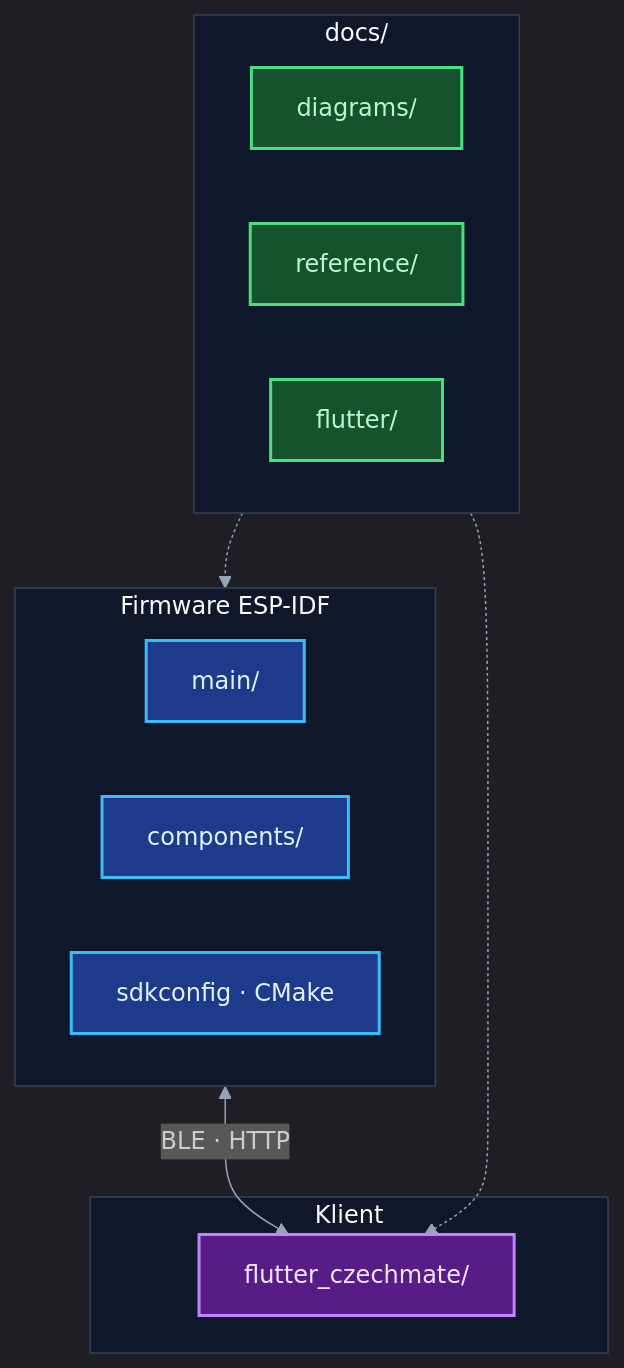
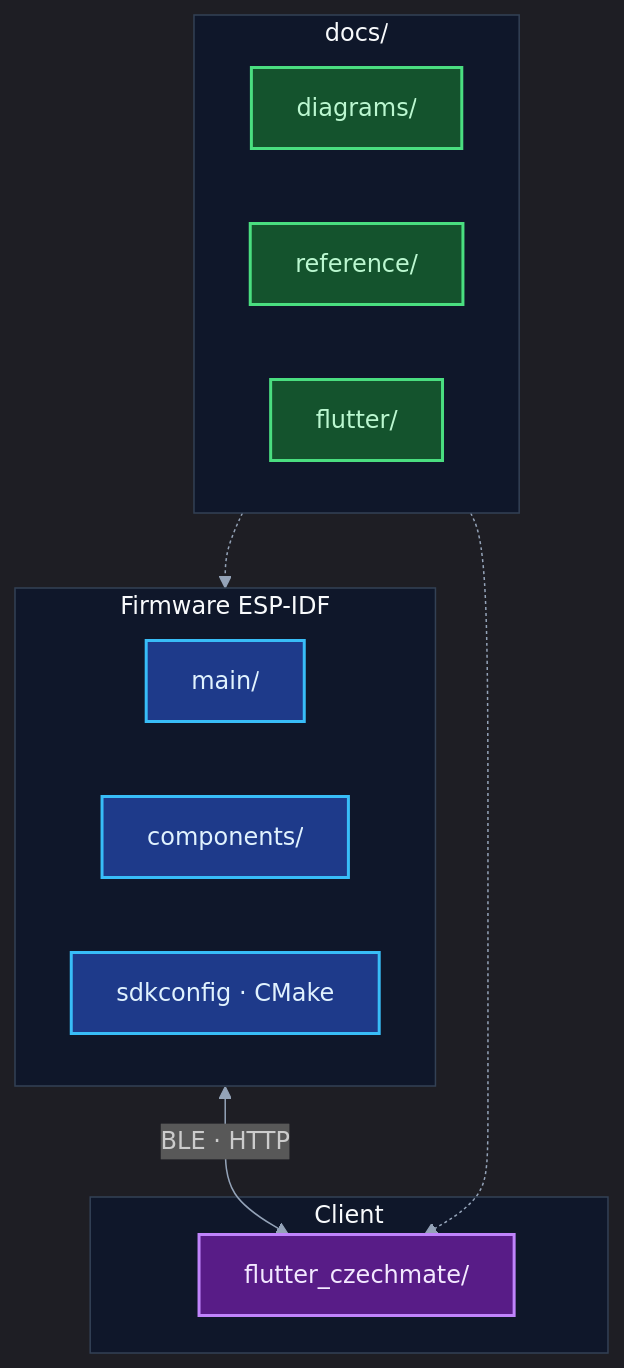
One commit to AlfredKrutina/chess_esp32_c6_devkit changed the diagram in docs/README.md. Above: the diagram before and after it, drawn with Mermaid. The commit also changed other lines of this file and 372 other files, not shown here.

````diff
--- a/docs/README.md
+++ b/docs/README.md
@@ -63,24 +63,24 @@
 ```mermaid
 %%{init: {'theme':'dark','themeVariables':{'lineColor':'#94a3b8','clusterBkg':'#0f172a','clusterBorder':'#334155','primaryTextColor':'#f1f5f9','titleColor':'#f8fafc'}}}%%
 flowchart TB
   subgraph FW["Firmware ESP-IDF"]
     M[main/]:::fw
     C[components/]:::fw
     CM[sdkconfig · CMake]:::fw
   end
-  subgraph APP["Klient"]
+  subgraph APP["Client"]
     FL[flutter_czechmate/]:::app
   end
   subgraph DOC["docs/"]
     DG[diagrams/]:::doc
     RF[reference/]:::doc
     DF[flutter/]:::doc
   end
   FW <-->|BLE · HTTP| FL
   DOC -.-> FW
   DOC -.-> FL
 
   classDef fw fill:#1e3a8a,stroke:#38bdf8,stroke-width:2px,color:#e0f2fe
   classDef app fill:#581c87,stroke:#c084fc,stroke-width:2px,color:#f3e8ff
   classDef doc fill:#14532d,stroke:#4ade80,stroke-width:2px,color:#bbf7d0
 ```
````
